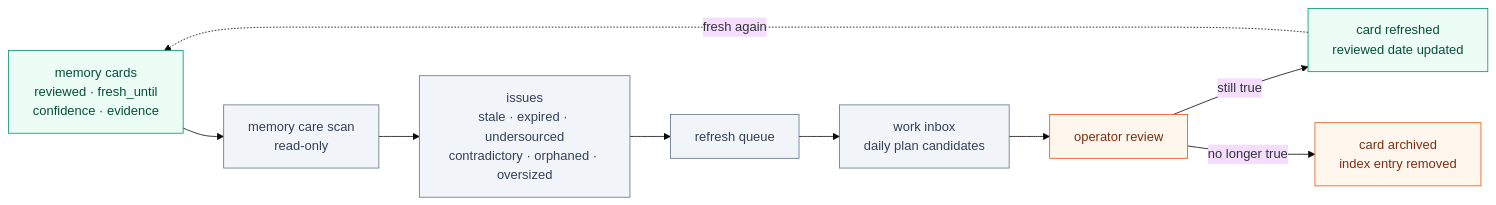
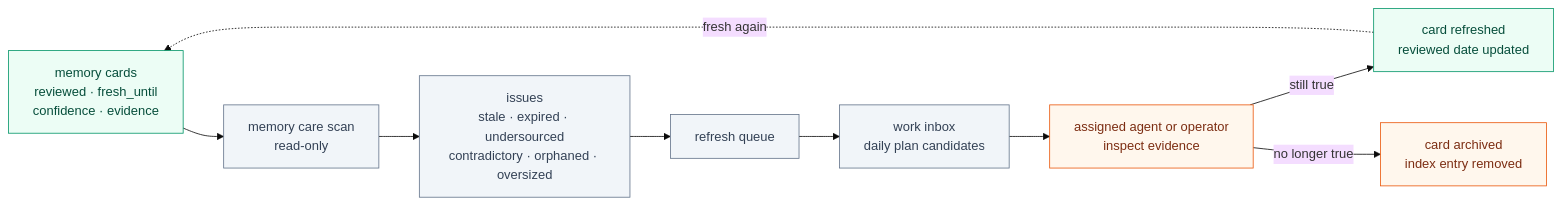
One commit to escoffier-labs/brigade changed the third of 12 diagrams in docs/overview.md. Above: the diagram before and after it, drawn with Mermaid (base theme). The commit also changed other lines of this file and 12 other files, not shown here.

````diff
--- a/docs/overview.md
+++ b/docs/overview.md
@@ -250,22 +252,22 @@
 ```mermaid
 flowchart LR
     CARDS["memory cards<br/>reviewed · fresh_until<br/>confidence · evidence"]
     SCAN["memory care scan<br/>read-only"]
     ISSUES["issues<br/>stale · expired · undersourced<br/>contradictory · orphaned · oversized"]
     QUEUE["refresh queue"]
     INBOX["work inbox<br/>daily plan candidates"]
-    OPERATOR["operator review"]
+    OPERATOR["assigned agent or operator<br/>inspect evidence"]
     REFRESH["card refreshed<br/>reviewed date updated"]
     ARCHIVE["card archived<br/>index entry removed"]
 
     CARDS --> SCAN --> ISSUES --> QUEUE --> INBOX --> OPERATOR
     OPERATOR -->|still true| REFRESH -. fresh again .-> CARDS
     OPERATOR -->|no longer true| ARCHIVE
 
     classDef memory fill:#ecfdf5,stroke:#059669,color:#064e3b;
     classDef step fill:#f1f5f9,stroke:#64748b,color:#334155;
     classDef gate fill:#fff7ed,stroke:#ea580c,color:#7c2d12;
     class CARDS,REFRESH memory;
     class SCAN,ISSUES,QUEUE,INBOX step;
     class OPERATOR,ARCHIVE gate;
 ```
````
